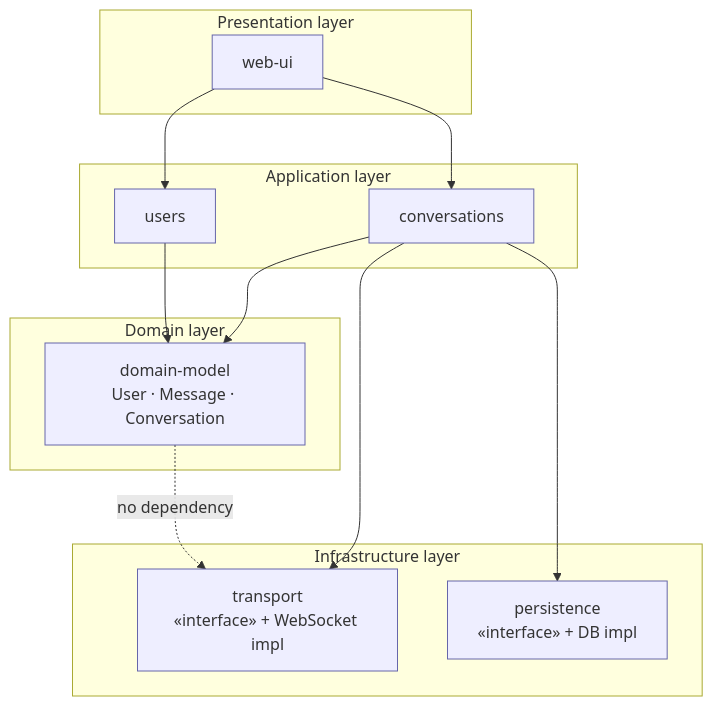
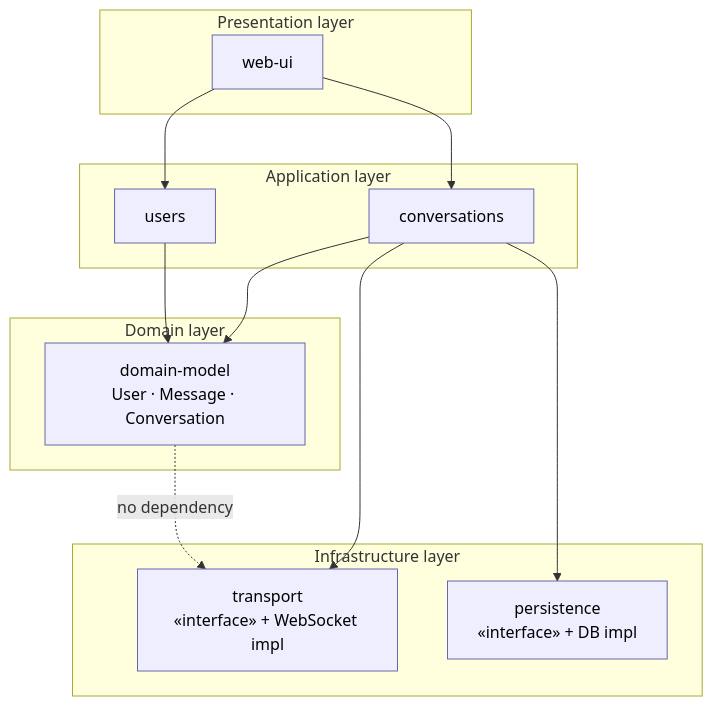
One commit to vrthra/open-swe-book changed the fifth of 5 diagrams in chapters/06-design-and-architecture/README.md. Above: the diagram before and after it, drawn with Mermaid. The commit also changed other lines of this file and 9 other files, not shown here.

Commit message:
Fix for typos and diagrams in dark mode

````diff
--- a/chapters/06-design-and-architecture/README.md
+++ b/chapters/06-design-and-architecture/README.md
@@ -557,26 +557,26 @@
 ```mermaid
 flowchart TB
     subgraph L1["Presentation layer"]
         WEB[web-ui]
     end
     subgraph L2["Application layer"]
         CONV[conversations]
         USERS[users]
     end
     subgraph L3["Domain layer"]
         MODEL[domain-model<br/>User · Message · Conversation]
     end
     subgraph L4["Infrastructure layer"]
         TRANSPORT[transport<br/>«interface» + WebSocket impl]
         PERSIST[persistence<br/>«interface» + DB impl]
     end
     WEB --> CONV
     WEB --> USERS
     CONV --> MODEL
     USERS --> MODEL
     CONV --> TRANSPORT
     CONV --> PERSIST
     MODEL -.->|no dependency| TRANSPORT
-    classDef m fill:#eef,stroke:#66a;
+    classDef m fill:#eef,stroke:#66a,color:#000;
     class WEB,CONV,USERS,MODEL,TRANSPORT,PERSIST m;
 ```
````
